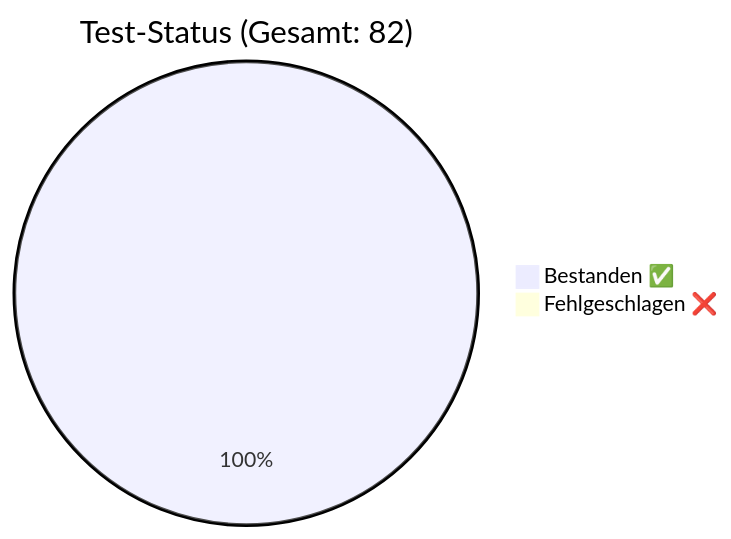
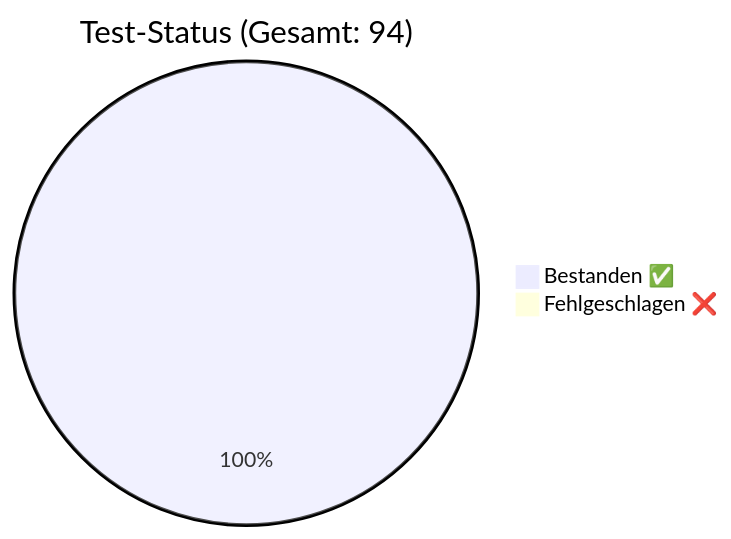
The diagram in docs/QA_Report.md (rorila/GCS), drawn with Mermaid before and after one commit. The commit also changed other lines of this file and 15 other files, not shown here.

````diff
--- a/docs/QA_Report.md
+++ b/docs/QA_Report.md
@@ -7,5 +7,5 @@
 ```mermaid
-pie title Test-Status (Gesamt: 82)
-    "Bestanden ✅" : 82
+pie title Test-Status (Gesamt: 94)
+    "Bestanden ✅" : 94
     "Fehlgeschlagen ❌" : 0
 ```
````
